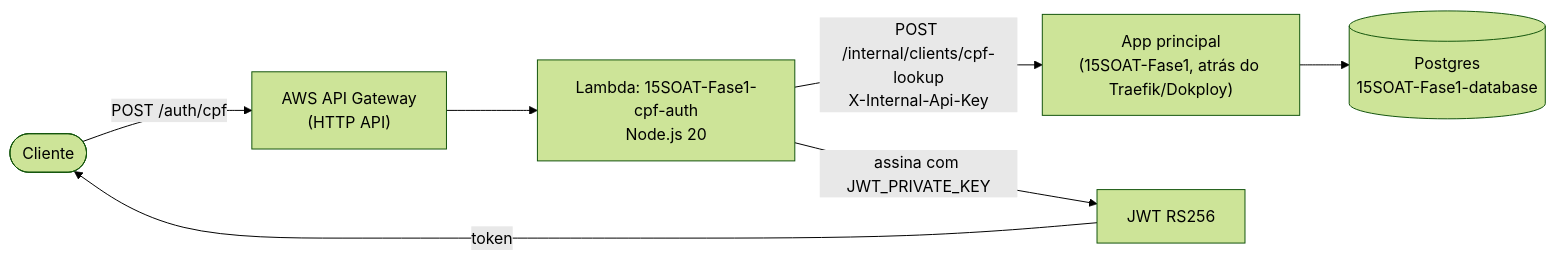
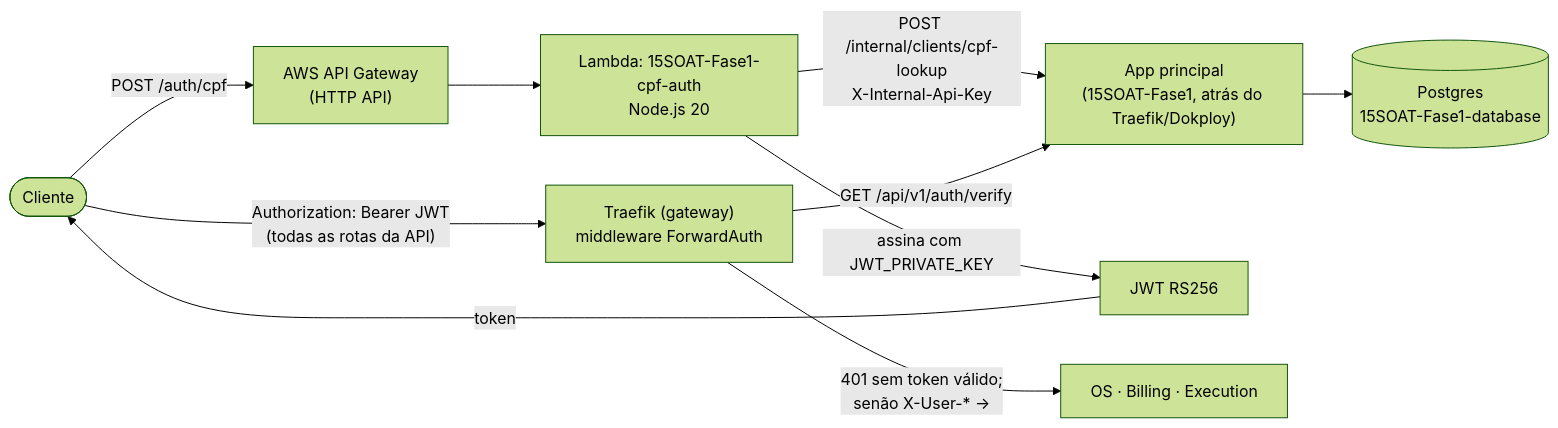
The diagram in README.md (CandidoRPNeto/15SOAT-Fase1-lambda), drawn with Mermaid (forest theme) before and after one commit. The commit also changed other lines of this file, not shown here.

Commit message:
docs: describe how the gateway validates this JWT on every API route

````diff
--- a/README.md
+++ b/README.md
@@ -92,9 +92,12 @@
 ```mermaid
 flowchart LR
     Cliente(["Cliente"]) -->|POST /auth/cpf| APIGW["AWS API Gateway<br/>(HTTP API)"]
     APIGW --> Lambda["Lambda: 15SOAT-Fase1-cpf-auth<br/>Node.js 20"]
     Lambda -->|"POST /internal/clients/cpf-lookup<br/>X-Internal-Api-Key"| App["App principal<br/>(15SOAT-Fase1, atrás do Traefik/Dokploy)"]
     App --> DB[("Postgres<br/>15SOAT-Fase1-database")]
     Lambda -->|"assina com JWT_PRIVATE_KEY"| JWT["JWT RS256"]
     JWT -->|token| Cliente
+    Cliente -->|"Authorization: Bearer JWT<br/>(todas as rotas da API)"| Traefik["Traefik (gateway)<br/>middleware ForwardAuth"]
+    Traefik -->|"GET /api/v1/auth/verify"| App
+    Traefik -->|"401 sem token válido;<br/>senão X-User-* →"| Servicos["OS · Billing · Execution"]
 ```
````
